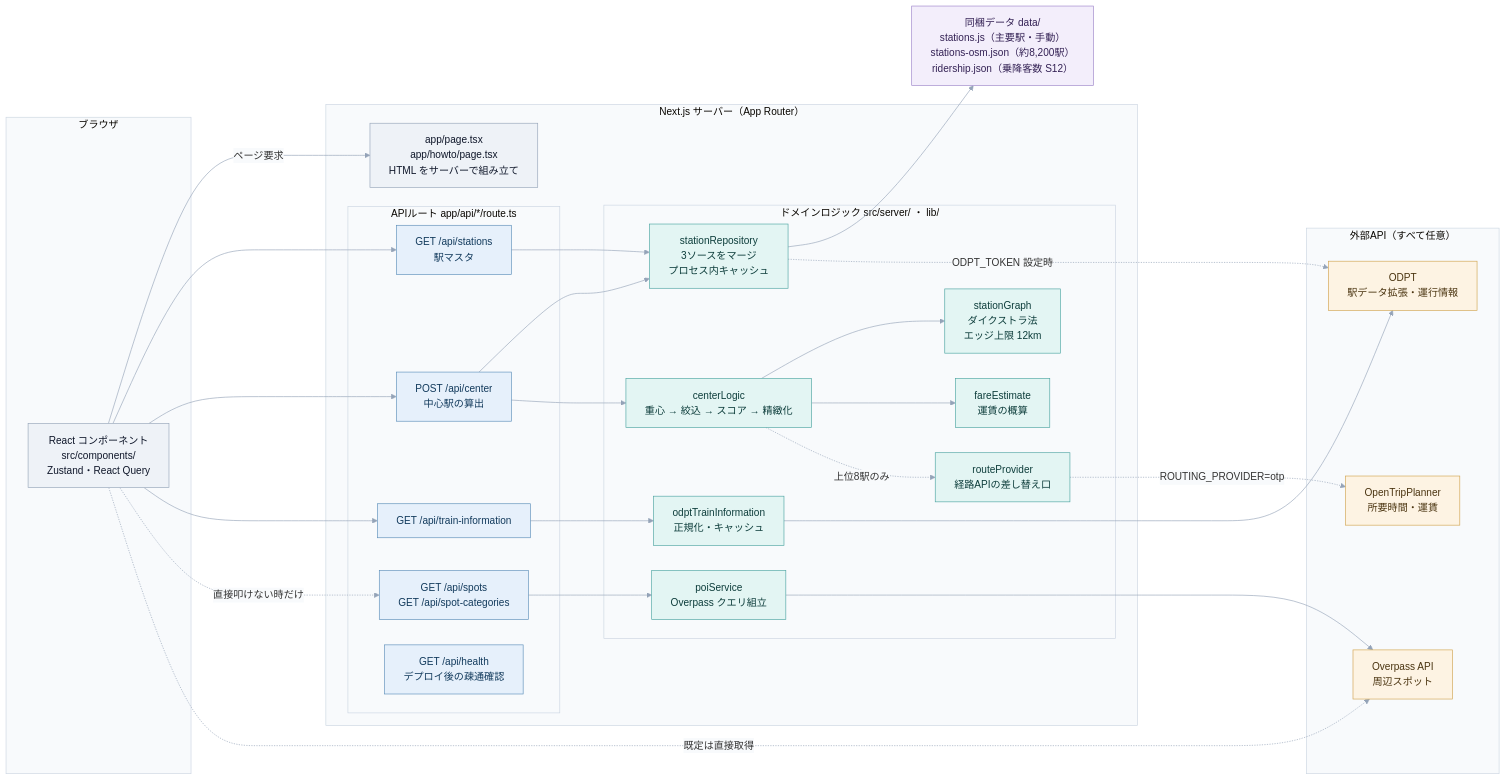
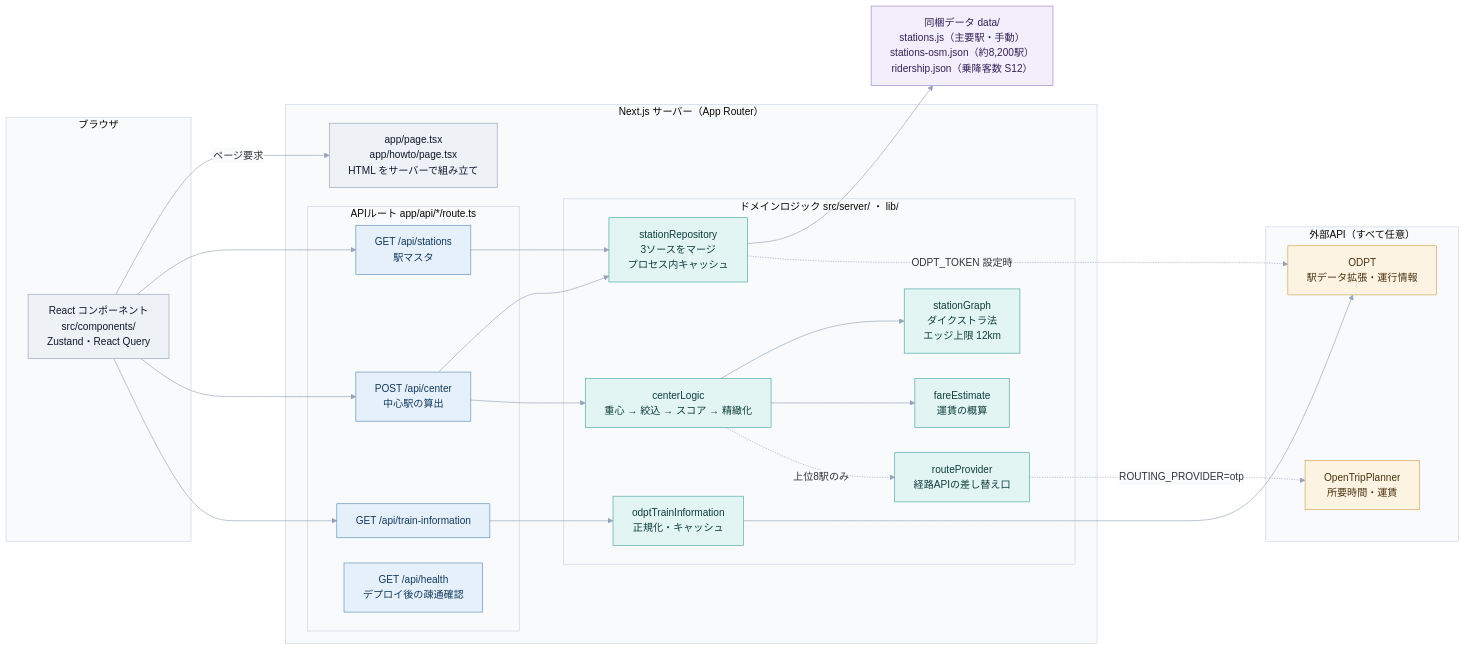
Before and after one commit to HR0101/EkiHub: the first of 2 diagrams in README.md, drawn with Mermaid. The commit also changed other lines of this file and 4 other files, not shown here.

First line of the commit message:
docs: drop the Overpass spot search from README diagrams

````diff
--- a/README.md
+++ b/README.md
@@ -74,74 +74,67 @@
 ```mermaid
 %%{init: {"theme":"base","themeVariables":{"textColor":"#1f2937","lineColor":"#94a3b8","clusterBkg":"#f8fafc","clusterBorder":"#cbd5e1","edgeLabelBackground":"#f8fafc"},"flowchart":{"curve":"basis","wrappingWidth":400,"nodeSpacing":40,"rankSpacing":70}}}%%
 flowchart LR
   subgraph B["ブラウザ"]
     UI["React コンポーネント<br/>src/components/<br/>Zustand・React Query"]
   end
 
   subgraph SV["Next.js サーバー（App Router）"]
     PG["app/page.tsx<br/>app/howto/page.tsx<br/>HTML をサーバーで組み立て"]
 
     subgraph RT["APIルート app/api/*/route.ts"]
       R1["GET /api/stations<br/>駅マスタ"]
       R2["POST /api/center<br/>中心駅の算出"]
-      R3["GET /api/spots<br/>GET /api/spot-categories"]
       R4["GET /api/train-information"]
       R5["GET /api/health<br/>デプロイ後の疎通確認"]
     end
 
     subgraph LG["ドメインロジック src/server/ ・ lib/"]
       REPO["stationRepository<br/>3ソースをマージ<br/>プロセス内キャッシュ"]
       CTR["centerLogic<br/>重心 → 絞込 → スコア → 精緻化"]
       GRF["stationGraph<br/>ダイクストラ法<br/>エッジ上限 12km"]
       FRE["fareEstimate<br/>運賃の概算"]
       RPV["routeProvider<br/>経路APIの差し替え口"]
-      POI["poiService<br/>Overpass クエリ組立"]
       ODP["odptTrainInformation<br/>正規化・キャッシュ"]
     end
   end
 
   D["同梱データ data/<br/>stations.js（主要駅・手動）<br/>stations-osm.json（約8,200駅）<br/>ridership.json（乗降客数 S12）"]
 
   subgraph EX["外部API（すべて任意）"]
     E1["ODPT<br/>駅データ拡張・運行情報"]
-    E2["Overpass API<br/>周辺スポット"]
     E3["OpenTripPlanner<br/>所要時間・運賃"]
   end
 
   UI -- "ページ要求" --> PG
   UI --> R1
   UI --> R2
   UI --> R4
-  UI -. "直接叩けない時だけ" .-> R3
-  UI -. "既定は直接取得" .-> E2
 
   R1 --> REPO
   R2 --> REPO
   R2 --> CTR
-  R3 --> POI
   R4 --> ODP
 
   CTR --> GRF
   CTR --> FRE
   CTR -. "上位8駅のみ" .-> RPV
 
   REPO --> D
   REPO -. "ODPT_TOKEN 設定時" .-> E1
 
-  POI --> E2
   ODP --> E1
   RPV -. "ROUTING_PROVIDER=otp" .-> E3
 
   classDef client fill:#eef2f7,stroke:#94a3b8,color:#0f172a
   classDef route fill:#e6f0fb,stroke:#5b8db8,color:#123a5c
   classDef logic fill:#e3f5f3,stroke:#4aa3a0,color:#0d3d3b
   classDef data fill:#f3eefb,stroke:#9b83c9,color:#332154
   classDef ext fill:#fdf3e3,stroke:#d0a24c,color:#4a3410
   classDef ci fill:#fbeef4,stroke:#c98bab,color:#4a1730
 
   class UI,PG client
-  class R1,R2,R3,R4,R5 route
-  class REPO,CTR,GRF,FRE,RPV,POI,ODP logic
+  class R1,R2,R4,R5 route
+  class REPO,CTR,GRF,FRE,RPV,ODP logic
   class D data
-  class E1,E2,E3 ext
+  class E1,E3 ext
 ```
````
